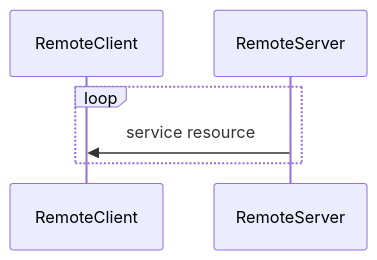
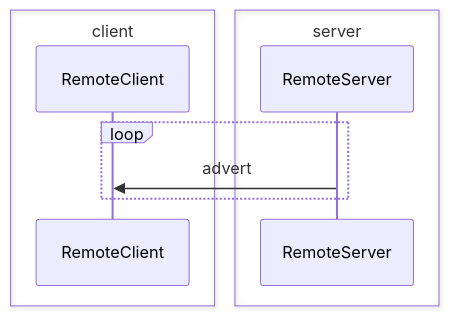
The diagram in docs/README.remote.md (jbuehl/homealone), drawn with Mermaid before and after one commit.

Commit message:
Add diagrams

````diff
--- a/docs/README.remote.md
+++ b/docs/README.remote.md
@@ -42,8 +42,12 @@
 ```mermaid
 sequenceDiagram
+	box client
 	participant RemoteClient
+	end
+	box server
 	participant RemoteServer
+	end
 	loop
-		RemoteServer ->> RemoteClient: service resource
+		RemoteServer ->> RemoteClient: advert
 	end
 ```
````
